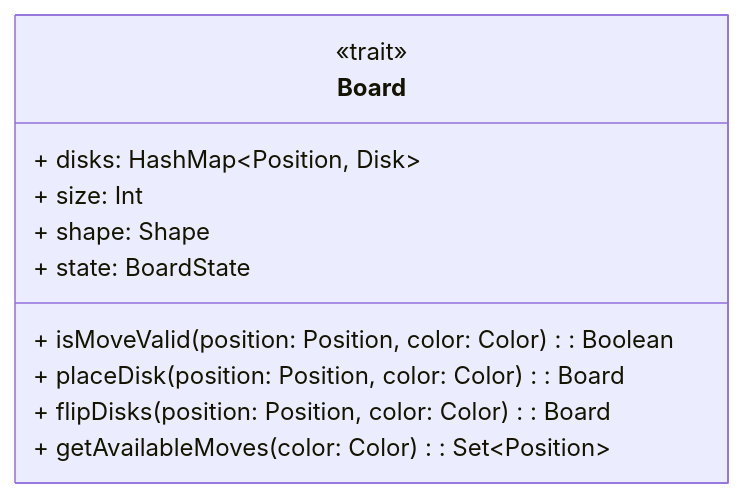
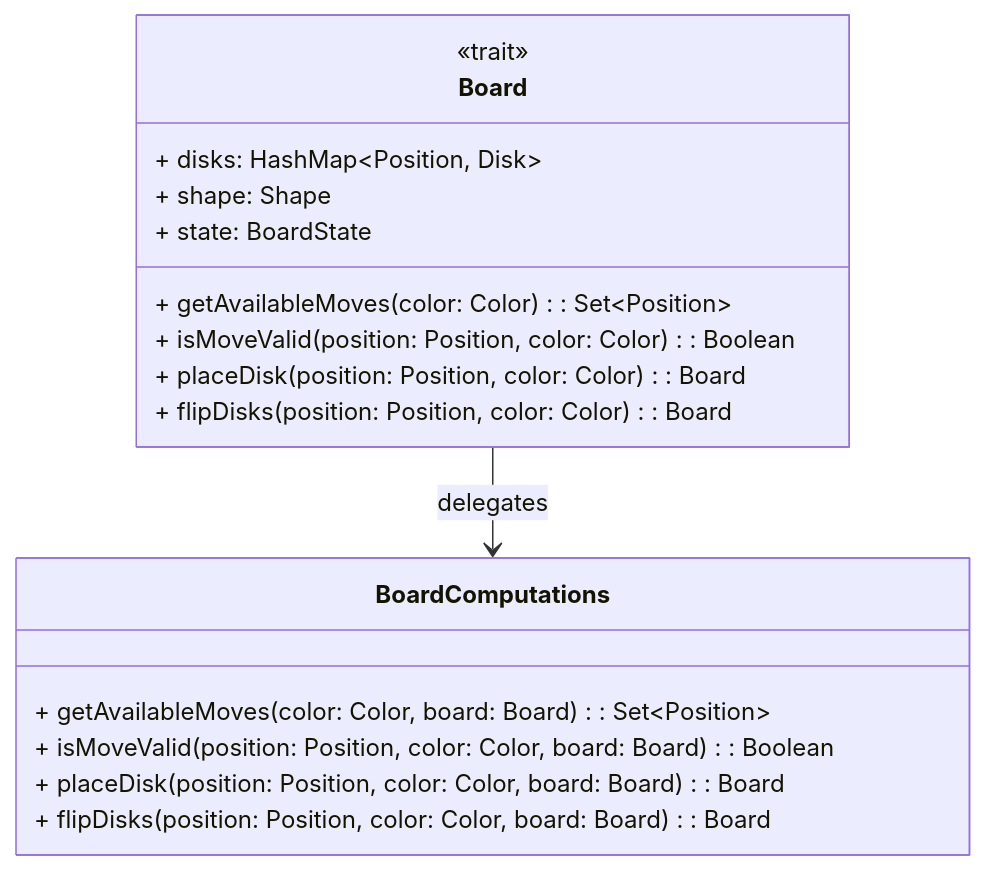
The tenth of 12 diagrams in docs/report/5-detailed-design.md (Borgotto/PPS-25-scalatello), drawn with Mermaid before and after one commit. The commit also changed other lines of this file, not shown here.

Commit message:
Add BoardComputations design

````diff
--- a/docs/report/5-detailed-design.md
+++ b/docs/report/5-detailed-design.md
@@ -222,14 +222,20 @@
 ```mermaid
 classDiagram
   class Board {
     <<trait>>
     + disks: HashMap~Position, Disk~
-    + size: Int
     + shape: Shape
     + state: BoardState
+    + getAvailableMoves(color: Color): Set~Position~
     + isMoveValid(position: Position, color: Color): Boolean
     + placeDisk(position: Position, color: Color): Board
     + flipDisks(position: Position, color: Color): Board
-    + getAvailableMoves(color: Color): Set~Position~
   }
+  class BoardComputations {
+    + getAvailableMoves(color: Color, board: Board): Set~Position~
+    + isMoveValid(position: Position, color: Color, board: Board): Boolean
+    + placeDisk(position: Position, color: Color, board: Board): Board
+    + flipDisks(position: Position, color: Color, board: Board): Board
+  }
+  Board --> BoardComputations: delegates
 ```
````
